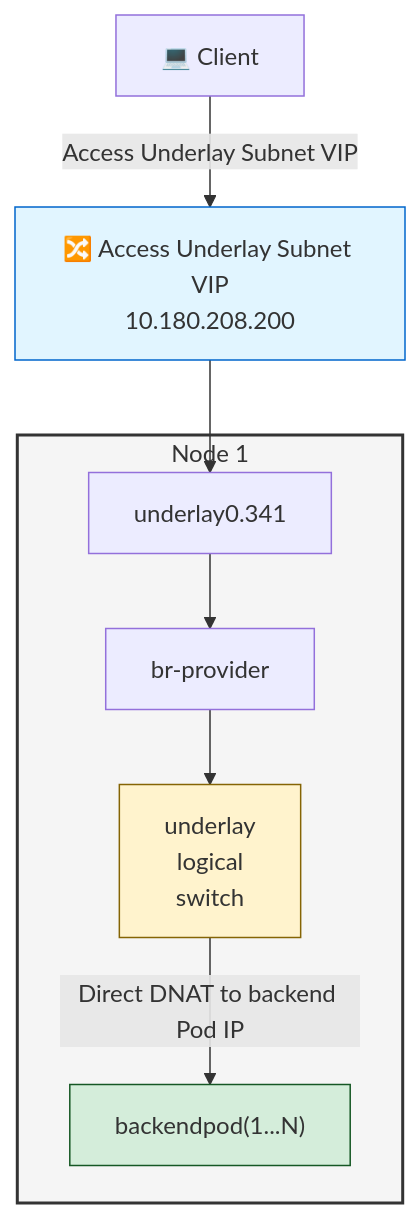
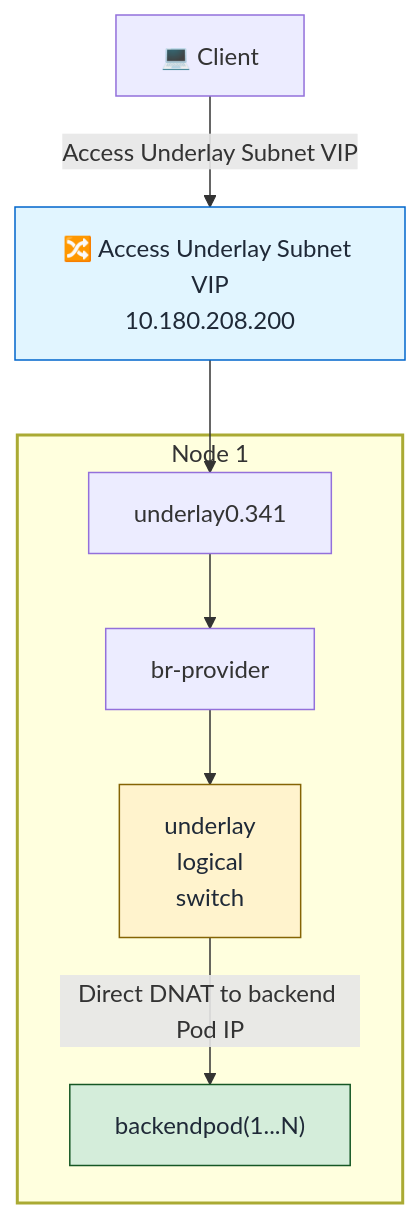
The diagram in docs/en/networking/how_to/kube_ovn/config_metallb_underlay.mdx (alauda/acp-docs), drawn with Mermaid before and after one commit.

Commit message:
fix: keep MetalLB Mermaid labels readable in dark mode (#1274)

````diff
--- a/docs/en/networking/how_to/kube_ovn/config_metallb_underlay.mdx
+++ b/docs/en/networking/how_to/kube_ovn/config_metallb_underlay.mdx
@@ -22,27 +22,27 @@
 ```mermaid
 flowchart TB
     Client["💻 Client"]
     VIP["🔀 Access Underlay Subnet VIP<br/>10.180.208.200"]
     Interface["underlay0.341"]
     BrProvider["br-provider"]
     LogicalSwitch["underlay<br/>logical<br/>switch"]
     BackendPod["backendpod(1...N)"]
 
     Client -->|"Access Underlay Subnet VIP"| VIP
     VIP --> Interface
     Interface --> BrProvider
     BrProvider --> LogicalSwitch
     LogicalSwitch -->|"Direct DNAT to backend Pod IP"| BackendPod
 
     subgraph Node["Node 1"]
         BackendPod
         LogicalSwitch
         BrProvider
         Interface
     end
 
-    style Node fill:#f5f5f5,stroke:#333,stroke-width:2px
-    style VIP fill:#e1f5ff,stroke:#0066cc
-    style LogicalSwitch fill:#fff3cd,stroke:#856404
-    style BackendPod fill:#d4edda,stroke:#155724
+    style Node stroke-width:2px
+    style VIP fill:#e1f5ff,stroke:#0066cc,color:#1f2937
+    style LogicalSwitch fill:#fff3cd,stroke:#856404,color:#1f2937
+    style BackendPod fill:#d4edda,stroke:#155724,color:#1f2937
 ```
````
